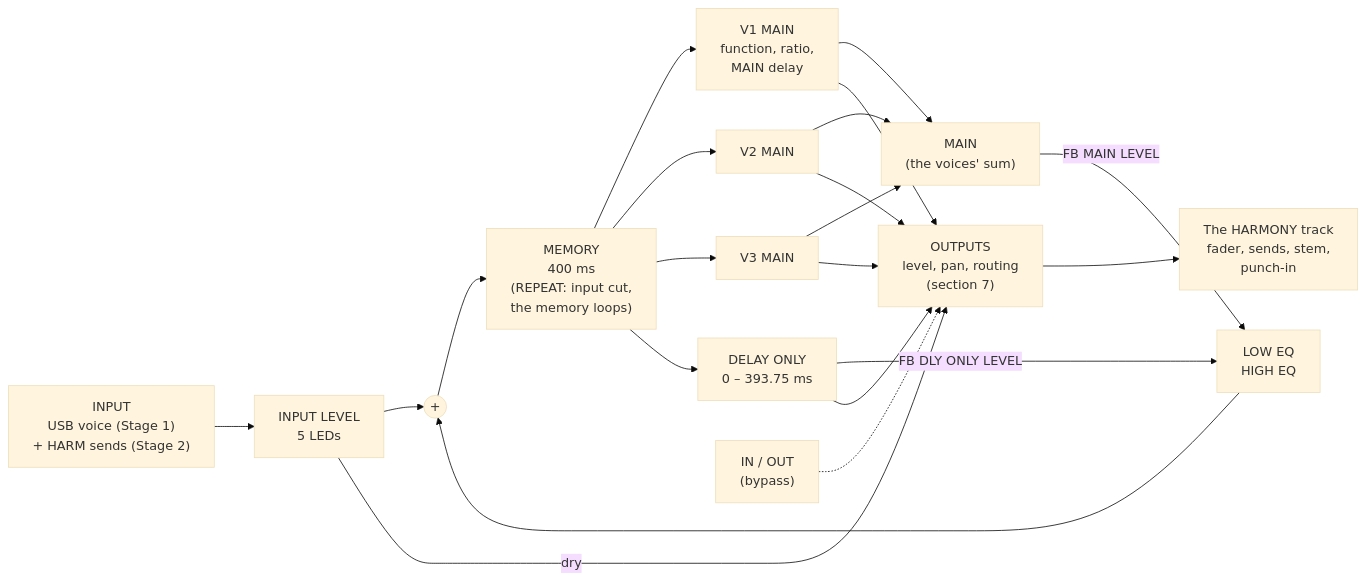
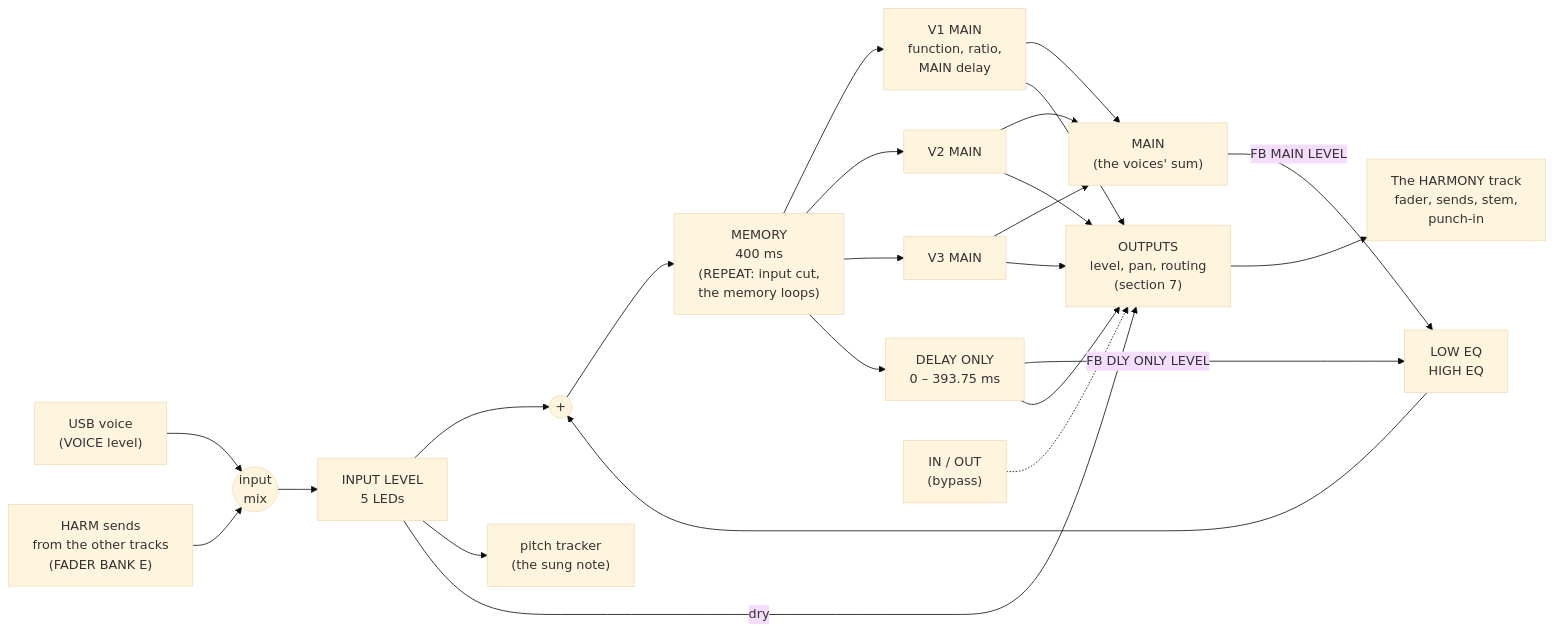
Before and after one commit to MiloMeowzers/sloop-smk37: the first of 2 diagrams in HARMONISER.md, drawn with Mermaid (base theme). The commit also changed other lines of this file, not shown here.

First line of the commit message:
docs(harmoniser): input routing, tracker in Stage 1, REPEAT on NOTE REPEAT, feedback fader

````diff
--- a/HARMONISER.md
+++ b/HARMONISER.md
@@ -54,18 +57,21 @@
 ```mermaid
 flowchart LR
-  SRC["INPUT<br/>USB voice (Stage 1)<br/>+ HARM sends (Stage 2)"] --> IL["INPUT LEVEL<br/>5 LEDs"] --> SUM(("+"))
+  VO["USB voice<br/>(VOICE level)"] --> IM(("input<br/>mix"))
+  SN["HARM sends<br/>from the other tracks<br/>(FADER BANK E)"] --> IM
+  IM --> IL["INPUT LEVEL<br/>5 LEDs"] --> SUM(("+"))
+  IL --> TRK["pitch tracker<br/>(the sung note)"]
   SUM --> MEM["MEMORY<br/>400 ms<br/>(REPEAT: input cut,<br/>the memory loops)"]
   MEM --> V1["V1 MAIN<br/>function, ratio,<br/>MAIN delay"]
   MEM --> V2["V2 MAIN"]
   MEM --> V3["V3 MAIN"]
   MEM --> DO["DELAY ONLY<br/>0 – 393.75 ms"]
   V1 & V2 & V3 --> MB["MAIN<br/>(the voices' sum)"]
   MB -->|"FB MAIN LEVEL"| EQ["LOW EQ<br/>HIGH EQ"]
   DO -->|"FB DLY ONLY LEVEL"| EQ
   EQ --> SUM
   IL -->|dry| OUT["OUTPUTS<br/>level, pan, routing<br/>(section 7)"]
   V1 & V2 & V3 --> OUT
   DO --> OUT
   OUT --> TR["The HARMONY track<br/>fader, sends, stem,<br/>punch-in"]
   BYP["IN / OUT<br/>(bypass)"] -.-> OUT
 ```
````
